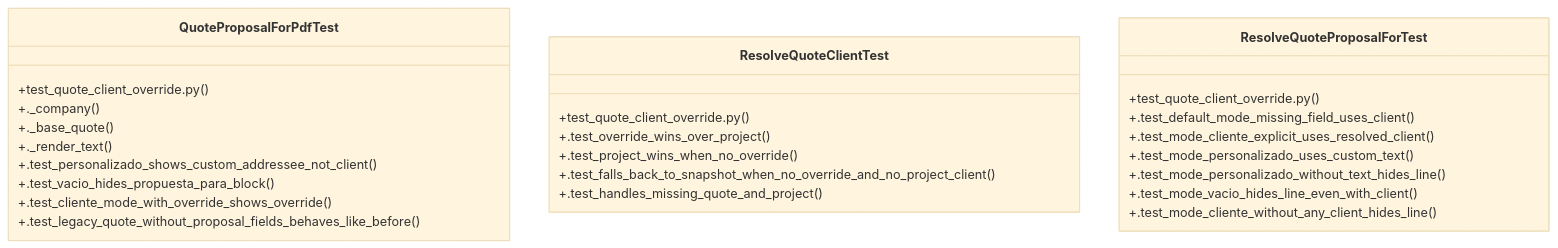
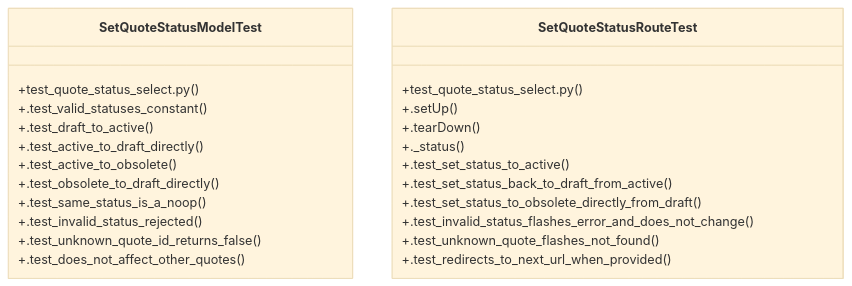
One commit to Daftrick/ProjectTracker changed the diagram in graphify-out/wiki/Community_16.md. Above: the diagram before and after it, drawn with Mermaid (base theme). The commit also changed other lines of this file and 419 other files, not shown here.

First line of the commit message:
feat: editor PDF para LDM con preview visual en split-view

````diff
--- a/graphify-out/wiki/Community_16.md
+++ b/graphify-out/wiki/Community_16.md
@@ -36,29 +36,27 @@
 ```mermaid
 classDiagram
-    class QuoteProposalForPdfTest {
-        +test_quote_client_override.py()
-        +._company()
-        +._base_quote()
-        +._render_text()
-        +.test_personalizado_shows_custom_addressee_not_client()
-        +.test_vacio_hides_propuesta_para_block()
-        +.test_cliente_mode_with_override_shows_override()
-        +.test_legacy_quote_without_proposal_fields_behaves_like_before()
+    class SetQuoteStatusModelTest {
+        +test_quote_status_select.py()
+        +.test_valid_statuses_constant()
+        +.test_draft_to_active()
+        +.test_active_to_draft_directly()
+        +.test_active_to_obsolete()
+        +.test_obsolete_to_draft_directly()
+        +.test_same_status_is_a_noop()
+        +.test_invalid_status_rejected()
+        +.test_unknown_quote_id_returns_false()
+        +.test_does_not_affect_other_quotes()
     }
-    class ResolveQuoteClientTest {
-        +test_quote_client_override.py()
-        +.test_override_wins_over_project()
-        +.test_project_wins_when_no_override()
-        +.test_falls_back_to_snapshot_when_no_override_and_no_project_client()
-        +.test_handles_missing_quote_and_project()
-    }
-    class ResolveQuoteProposalForTest {
-        +test_quote_client_override.py()
-        +.test_default_mode_missing_field_uses_client()
-        +.test_mode_cliente_explicit_uses_resolved_client()
-        +.test_mode_personalizado_uses_custom_text()
-        +.test_mode_personalizado_without_text_hides_line()
-        +.test_mode_vacio_hides_line_even_with_client()
-        +.test_mode_cliente_without_any_client_hides_line()
+    class SetQuoteStatusRouteTest {
+        +test_quote_status_select.py()
+        +.setUp()
+        +.tearDown()
+        +._status()
+        +.test_set_status_to_active()
+        +.test_set_status_back_to_draft_from_active()
+        +.test_set_status_to_obsolete_directly_from_draft()
+        +.test_invalid_status_flashes_error_and_does_not_change()
+        +.test_unknown_quote_flashes_not_found()
+        +.test_redirects_to_next_url_when_provided()
     }
 ```
````
